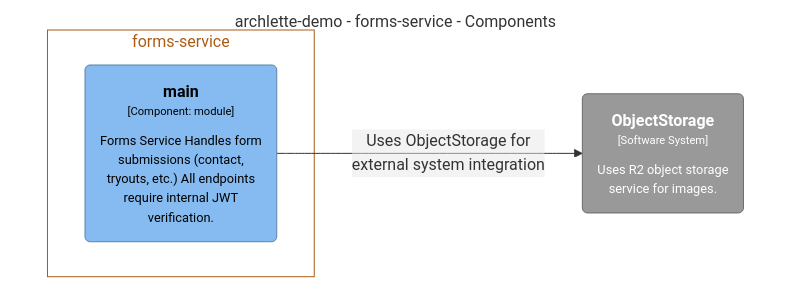
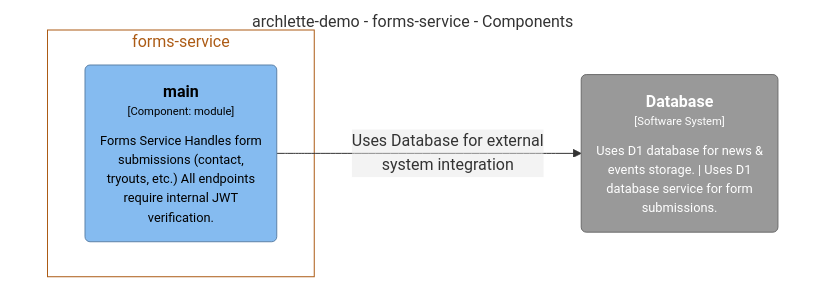
One commit to chrislyons-dev/flarelette-demo changed the diagram in docs/architecture/diagrams/mermaid/structurizr-Components_forms_service.mmd. Above: the diagram before and after it, drawn with Mermaid. The commit also changed 52 other files, not shown here.

```diff
--- a/docs/architecture/diagrams/mermaid/structurizr-Components_forms_service.mmd
+++ b/docs/architecture/diagrams/mermaid/structurizr-Components_forms_service.mmd
@@ -1,18 +1,18 @@
 graph TB
   linkStyle default fill:#ffffff
 
   subgraph diagram ["archlette-demo - forms-service - Components"]
     style diagram fill:#ffffff,stroke:#ffffff
 
-    3("<div style='font-weight: bold'>ObjectStorage</div><div style='font-size: 70%; margin-top: 0px'>[Software System]</div><div style='font-size: 80%; margin-top:10px'>Uses R2 object storage<br />service for images.</div>")
-    style 3 fill:#999999,stroke:#6b6b6b,color:#ffffff
+    2("<div style='font-weight: bold'>Database</div><div style='font-size: 70%; margin-top: 0px'>[Software System]</div><div style='font-size: 80%; margin-top:10px'>Uses D1 database for news &<br />events storage. | Uses D1<br />database service for form<br />submissions.</div>")
+    style 2 fill:#999999,stroke:#6b6b6b,color:#ffffff
 
-    subgraph 23 ["forms-service"]
-      style 23 fill:#ffffff,stroke:#ac5b15,color:#ac5b15
+    subgraph 25 ["forms-service"]
+      style 25 fill:#ffffff,stroke:#ac5b15,color:#ac5b15
 
-      24("<div style='font-weight: bold'>main</div><div style='font-size: 70%; margin-top: 0px'>[Component: module]</div><div style='font-size: 80%; margin-top:10px'>Forms Service Handles form<br />submissions (contact,<br />tryouts, etc.) All endpoints<br />require internal JWT<br />verification.</div>")
-      style 24 fill:#85bbf0,stroke:#5d82a8,color:#000000
+      26("<div style='font-weight: bold'>main</div><div style='font-size: 70%; margin-top: 0px'>[Component: module]</div><div style='font-size: 80%; margin-top:10px'>Forms Service Handles form<br />submissions (contact,<br />tryouts, etc.) All endpoints<br />require internal JWT<br />verification.</div>")
+      style 26 fill:#85bbf0,stroke:#5d82a8,color:#000000
     end
 
-    24-- "<div>Uses ObjectStorage for<br />external system integration</div><div style='font-size: 70%'></div>" -->3
+    26-- "<div>Uses Database for external<br />system integration</div><div style='font-size: 70%'></div>" -->2
   end
```
